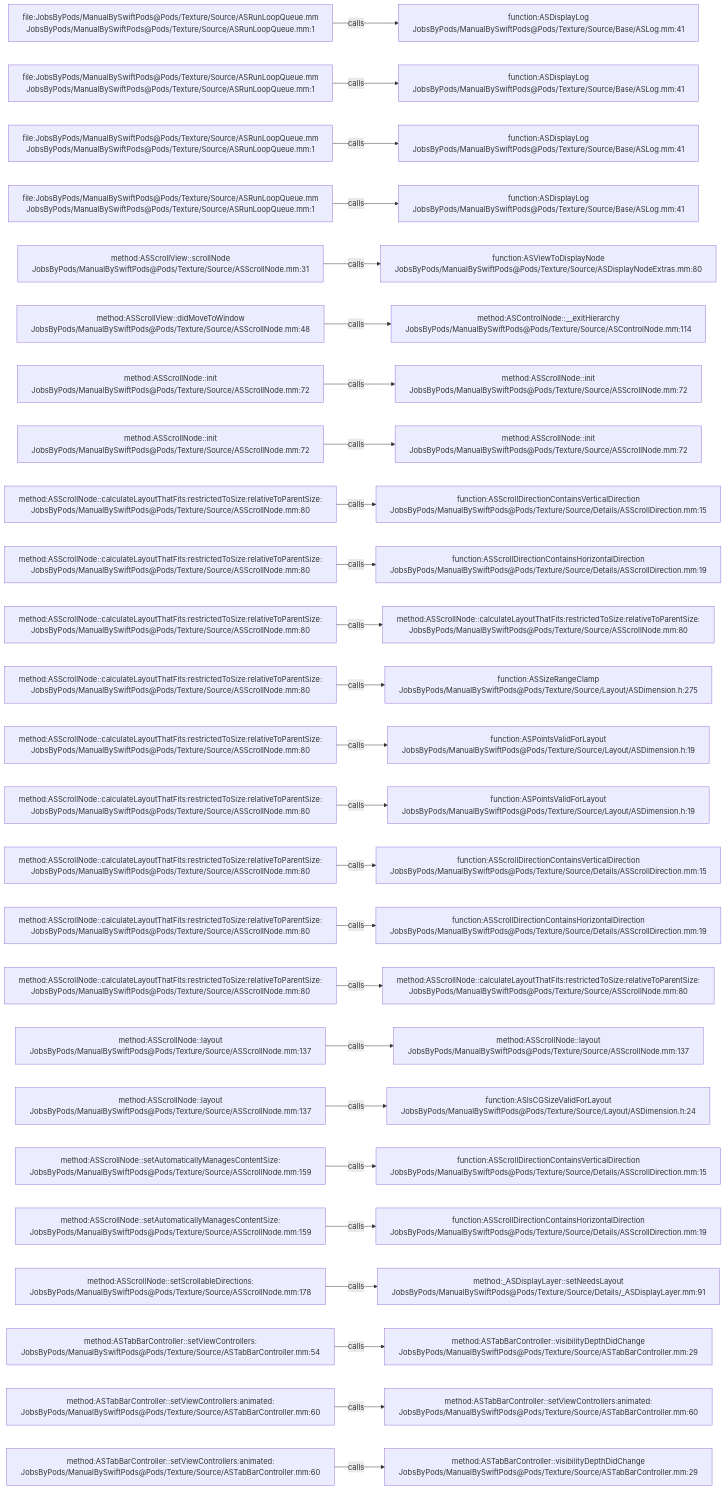
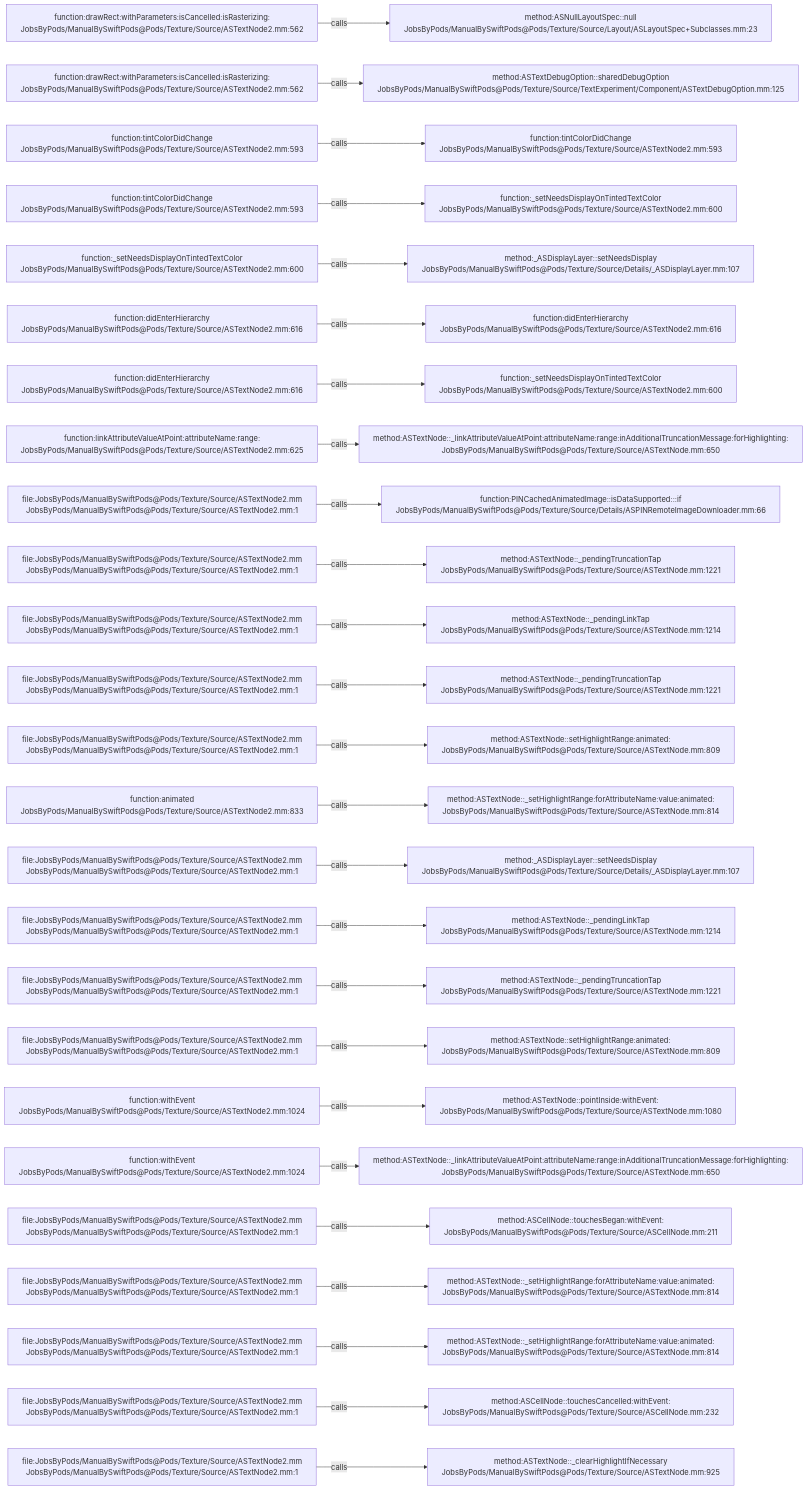
One commit to JobsKits/JobsSwiftBaseConfigDemo changed the diagram in .codegraph/codegraph.md/graphs/calls-072.md. Above: the diagram before and after it, drawn with Mermaid. The commit also changed 832 other files, not shown here.

````diff
--- a/.codegraph/codegraph.md/graphs/calls-072.md
+++ b/.codegraph/codegraph.md/graphs/calls-072.md
@@ -13,78 +13,78 @@
 ```mermaid
 flowchart LR
-  S1["file:JobsByPods/ManualBySwiftPods@Pods/Texture/Source/ASRunLoopQueue.mm<br/>JobsByPods/ManualBySwiftPods@Pods/Texture/Source/ASRunLoopQueue.mm:1"]
-  T1["function:ASDisplayLog<br/>JobsByPods/ManualBySwiftPods@Pods/Texture/Source/Base/ASLog.mm:41"]
+  S1["function:drawRect:withParameters:isCancelled:isRasterizing:<br/>JobsByPods/ManualBySwiftPods@Pods/Texture/Source/ASTextNode2.mm:562"]
+  T1["method:ASNullLayoutSpec::null<br/>JobsByPods/ManualBySwiftPods@Pods/Texture/Source/Layout/ASLayoutSpec+Subclasses.mm:23"]
   S1 -->|calls| T1
-  S2["file:JobsByPods/ManualBySwiftPods@Pods/Texture/Source/ASRunLoopQueue.mm<br/>JobsByPods/ManualBySwiftPods@Pods/Texture/Source/ASRunLoopQueue.mm:1"]
-  T2["function:ASDisplayLog<br/>JobsByPods/ManualBySwiftPods@Pods/Texture/Source/Base/ASLog.mm:41"]
+  S2["function:drawRect:withParameters:isCancelled:isRasterizing:<br/>JobsByPods/ManualBySwiftPods@Pods/Texture/Source/ASTextNode2.mm:562"]
+  T2["method:ASTextDebugOption::sharedDebugOption<br/>JobsByPods/ManualBySwiftPods@Pods/Texture/Source/TextExperiment/Component/ASTextDebugOption.mm:125"]
   S2 -->|calls| T2
-  S3["file:JobsByPods/ManualBySwiftPods@Pods/Texture/Source/ASRunLoopQueue.mm<br/>JobsByPods/ManualBySwiftPods@Pods/Texture/Source/ASRunLoopQueue.mm:1"]
-  T3["function:ASDisplayLog<br/>JobsByPods/ManualBySwiftPods@Pods/Texture/Source/Base/ASLog.mm:41"]
+  S3["function:tintColorDidChange<br/>JobsByPods/ManualBySwiftPods@Pods/Texture/Source/ASTextNode2.mm:593"]
+  T3["function:tintColorDidChange<br/>JobsByPods/ManualBySwiftPods@Pods/Texture/Source/ASTextNode2.mm:593"]
   S3 -->|calls| T3
-  S4["file:JobsByPods/ManualBySwiftPods@Pods/Texture/Source/ASRunLoopQueue.mm<br/>JobsByPods/ManualBySwiftPods@Pods/Texture/Source/ASRunLoopQueue.mm:1"]
-  T4["function:ASDisplayLog<br/>JobsByPods/ManualBySwiftPods@Pods/Texture/Source/Base/ASLog.mm:41"]
+  S4["function:tintColorDidChange<br/>JobsByPods/ManualBySwiftPods@Pods/Texture/Source/ASTextNode2.mm:593"]
+  T4["function:_setNeedsDisplayOnTintedTextColor<br/>JobsByPods/ManualBySwiftPods@Pods/Texture/Source/ASTextNode2.mm:600"]
   S4 -->|calls| T4
-  S5["method:ASScrollView::scrollNode<br/>JobsByPods/ManualBySwiftPods@Pods/Texture/Source/ASScrollNode.mm:31"]
-  T5["function:ASViewToDisplayNode<br/>JobsByPods/ManualBySwiftPods@Pods/Texture/Source/ASDisplayNodeExtras.mm:80"]
+  S5["function:_setNeedsDisplayOnTintedTextColor<br/>JobsByPods/ManualBySwiftPods@Pods/Texture/Source/ASTextNode2.mm:600"]
+  T5["method:_ASDisplayLayer::setNeedsDisplay<br/>JobsByPods/ManualBySwiftPods@Pods/Texture/Source/Details/_ASDisplayLayer.mm:107"]
   S5 -->|calls| T5
-  S6["method:ASScrollView::didMoveToWindow<br/>JobsByPods/ManualBySwiftPods@Pods/Texture/Source/ASScrollNode.mm:48"]
-  T6["method:ASControlNode::__exitHierarchy<br/>JobsByPods/ManualBySwiftPods@Pods/Texture/Source/ASControlNode.mm:114"]
+  S6["function:didEnterHierarchy<br/>JobsByPods/ManualBySwiftPods@Pods/Texture/Source/ASTextNode2.mm:616"]
+  T6["function:didEnterHierarchy<br/>JobsByPods/ManualBySwiftPods@Pods/Texture/Source/ASTextNode2.mm:616"]
   S6 -->|calls| T6
-  S7["method:ASScrollNode::init<br/>JobsByPods/ManualBySwiftPods@Pods/Texture/Source/ASScrollNode.mm:72"]
-  T7["method:ASScrollNode::init<br/>JobsByPods/ManualBySwiftPods@Pods/Texture/Source/ASScrollNode.mm:72"]
+  S7["function:didEnterHierarchy<br/>JobsByPods/ManualBySwiftPods@Pods/Texture/Source/ASTextNode2.mm:616"]
+  T7["function:_setNeedsDisplayOnTintedTextColor<br/>JobsByPods/ManualBySwiftPods@Pods/Texture/Source/ASTextNode2.mm:600"]
   S7 -->|calls| T7
-  S8["method:ASScrollNode::init<br/>JobsByPods/ManualBySwiftPods@Pods/Texture/Source/ASScrollNode.mm:72"]
-  T8["method:ASScrollNode::init<br/>JobsByPods/ManualBySwiftPods@Pods/Texture/Source/ASScrollNode.mm:72"]
+  S8["function:linkAttributeValueAtPoint:attributeName:range:<br/>JobsByPods/ManualBySwiftPods@Pods/Texture/Source/ASTextNode2.mm:625"]
+  T8["method:ASTextNode::_linkAttributeValueAtPoint:attributeName:range:inAdditionalTruncationMessage:forHighlighting:<br/>JobsByPods/ManualBySwiftPods@Pods/Texture/Source/ASTextNode.mm:650"]
   S8 -->|calls| T8
-  S9["method:ASScrollNode::calculateLayoutThatFits:restrictedToSize:relativeToParentSize:<br/>JobsByPods/ManualBySwiftPods@Pods/Texture/Source/ASScrollNode.mm:80"]
-  T9["function:ASScrollDirectionContainsVerticalDirection<br/>JobsByPods/ManualBySwiftPods@Pods/Texture/Source/Details/ASScrollDirection.mm:15"]
+  S9["file:JobsByPods/ManualBySwiftPods@Pods/Texture/Source/ASTextNode2.mm<br/>JobsByPods/ManualBySwiftPods@Pods/Texture/Source/ASTextNode2.mm:1"]
+  T9["function:PINCachedAnimatedImage::isDataSupported:::if<br/>JobsByPods/ManualBySwiftPods@Pods/Texture/Source/Details/ASPINRemoteImageDownloader.mm:66"]
   S9 -->|calls| T9
-  S10["method:ASScrollNode::calculateLayoutThatFits:restrictedToSize:relativeToParentSize:<br/>JobsByPods/ManualBySwiftPods@Pods/Texture/Source/ASScrollNode.mm:80"]
-  T10["function:ASScrollDirectionContainsHorizontalDirection<br/>JobsByPods/ManualBySwiftPods@Pods/Texture/Source/Details/ASScrollDirection.mm:19"]
+  S10["file:JobsByPods/ManualBySwiftPods@Pods/Texture/Source/ASTextNode2.mm<br/>JobsByPods/ManualBySwiftPods@Pods/Texture/Source/ASTextNode2.mm:1"]
+  T10["method:ASTextNode::_pendingTruncationTap<br/>JobsByPods/ManualBySwiftPods@Pods/Texture/Source/ASTextNode.mm:1221"]
   S10 -->|calls| T10
-  S11["method:ASScrollNode::calculateLayoutThatFits:restrictedToSize:relativeToParentSize:<br/>JobsByPods/ManualBySwiftPods@Pods/Texture/Source/ASScrollNode.mm:80"]
-  T11["method:ASScrollNode::calculateLayoutThatFits:restrictedToSize:relativeToParentSize:<br/>JobsByPods/ManualBySwiftPods@Pods/Texture/Source/ASScrollNode.mm:80"]
+  S11["file:JobsByPods/ManualBySwiftPods@Pods/Texture/Source/ASTextNode2.mm<br/>JobsByPods/ManualBySwiftPods@Pods/Texture/Source/ASTextNode2.mm:1"]
+  T11["method:ASTextNode::_pendingLinkTap<br/>JobsByPods/ManualBySwiftPods@Pods/Texture/Source/ASTextNode.mm:1214"]
   S11 -->|calls| T11
-  S12["method:ASScrollNode::calculateLayoutThatFits:restrictedToSize:relativeToParentSize:<br/>JobsByPods/ManualBySwiftPods@Pods/Texture/Source/ASScrollNode.mm:80"]
-  T12["function:ASSizeRangeClamp<br/>JobsByPods/ManualBySwiftPods@Pods/Texture/Source/Layout/ASDimension.h:275"]
+  S12["file:JobsByPods/ManualBySwiftPods@Pods/Texture/Source/ASTextNode2.mm<br/>JobsByPods/ManualBySwiftPods@Pods/Texture/Source/ASTextNode2.mm:1"]
+  T12["method:ASTextNode::_pendingTruncationTap<br/>JobsByPods/ManualBySwiftPods@Pods/Texture/Source/ASTextNode.mm:1221"]
   S12 -->|calls| T12
-  S13["method:ASScrollNode::calculateLayoutThatFits:restrictedToSize:relativeToParentSize:<br/>JobsByPods/ManualBySwiftPods@Pods/Texture/Source/ASScrollNode.mm:80"]
-  T13["function:ASPointsValidForLayout<br/>JobsByPods/ManualBySwiftPods@Pods/Texture/Source/Layout/ASDimension.h:19"]
+  S13["file:JobsByPods/ManualBySwiftPods@Pods/Texture/Source/ASTextNode2.mm<br/>JobsByPods/ManualBySwiftPods@Pods/Texture/Source/ASTextNode2.mm:1"]
+  T13["method:ASTextNode::setHighlightRange:animated:<br/>JobsByPods/ManualBySwiftPods@Pods/Texture/Source/ASTextNode.mm:809"]
   S13 -->|calls| T13
-  S14["method:ASScrollNode::calculateLayoutThatFits:restrictedToSize:relativeToParentSize:<br/>JobsByPods/ManualBySwiftPods@Pods/Texture/Source/ASScrollNode.mm:80"]
-  T14["function:ASPointsValidForLayout<br/>JobsByPods/ManualBySwiftPods@Pods/Texture/Source/Layout/ASDimension.h:19"]
+  S14["function:animated<br/>JobsByPods/ManualBySwiftPods@Pods/Texture/Source/ASTextNode2.mm:833"]
+  T14["method:ASTextNode::_setHighlightRange:forAttributeName:value:animated:<br/>JobsByPods/ManualBySwiftPods@Pods/Texture/Source/ASTextNode.mm:814"]
   S14 -->|calls| T14
-  S15["method:ASScrollNode::calculateLayoutThatFits:restrictedToSize:relativeToParentSize:<br/>JobsByPods/ManualBySwiftPods@Pods/Texture/Source/ASScrollNode.mm:80"]
-  T15["function:ASScrollDirectionContainsVerticalDirection<br/>JobsByPods/ManualBySwiftPods@Pods/Texture/Source/Details/ASScrollDirection.mm:15"]
+  S15["file:JobsByPods/ManualBySwiftPods@Pods/Texture/Source/ASTextNode2.mm<br/>JobsByPods/ManualBySwiftPods@Pods/Texture/Source/ASTextNode2.mm:1"]
+  T15["method:_ASDisplayLayer::setNeedsDisplay<br/>JobsByPods/ManualBySwiftPods@Pods/Texture/Source/Details/_ASDisplayLayer.mm:107"]
   S15 -->|calls| T15
-  S16["method:ASScrollNode::calculateLayoutThatFits:restrictedToSize:relativeToParentSize:<br/>JobsByPods/ManualBySwiftPods@Pods/Texture/Source/ASScrollNode.mm:80"]
-  T16["function:ASScrollDirectionContainsHorizontalDirection<br/>JobsByPods/ManualBySwiftPods@Pods/Texture/Source/Details/ASScrollDirection.mm:19"]
+  S16["file:JobsByPods/ManualBySwiftPods@Pods/Texture/Source/ASTextNode2.mm<br/>JobsByPods/ManualBySwiftPods@Pods/Texture/Source/ASTextNode2.mm:1"]
+  T16["method:ASTextNode::_pendingLinkTap<br/>JobsByPods/ManualBySwiftPods@Pods/Texture/Source/ASTextNode.mm:1214"]
   S16 -->|calls| T16
-  S17["method:ASScrollNode::calculateLayoutThatFits:restrictedToSize:relativeToParentSize:<br/>JobsByPods/ManualBySwiftPods@Pods/Texture/Source/ASScrollNode.mm:80"]
-  T17["method:ASScrollNode::calculateLayoutThatFits:restrictedToSize:relativeToParentSize:<br/>JobsByPods/ManualBySwiftPods@Pods/Texture/Source/ASScrollNode.mm:80"]
+  S17["file:JobsByPods/ManualBySwiftPods@Pods/Texture/Source/ASTextNode2.mm<br/>JobsByPods/ManualBySwiftPods@Pods/Texture/Source/ASTextNode2.mm:1"]
+  T17["method:ASTextNode::_pendingTruncationTap<br/>JobsByPods/ManualBySwiftPods@Pods/Texture/Source/ASTextNode.mm:1221"]
   S17 -->|calls| T17
-  S18["method:ASScrollNode::layout<br/>JobsByPods/ManualBySwiftPods@Pods/Texture/Source/ASScrollNode.mm:137"]
-  T18["method:ASScrollNode::layout<br/>JobsByPods/ManualBySwiftPods@Pods/Texture/Source/ASScrollNode.mm:137"]
+  S18["file:JobsByPods/ManualBySwiftPods@Pods/Texture/Source/ASTextNode2.mm<br/>JobsByPods/ManualBySwiftPods@Pods/Texture/Source/ASTextNode2.mm:1"]
+  T18["method:ASTextNode::setHighlightRange:animated:<br/>JobsByPods/ManualBySwiftPods@Pods/Texture/Source/ASTextNode.mm:809"]
   S18 -->|calls| T18
-  S19["method:ASScrollNode::layout<br/>JobsByPods/ManualBySwiftPods@Pods/Texture/Source/ASScrollNode.mm:137"]
-  T19["function:ASIsCGSizeValidForLayout<br/>JobsByPods/ManualBySwiftPods@Pods/Texture/Source/Layout/ASDimension.h:24"]
+  S19["function:withEvent<br/>JobsByPods/ManualBySwiftPods@Pods/Texture/Source/ASTextNode2.mm:1024"]
+  T19["method:ASTextNode::pointInside:withEvent:<br/>JobsByPods/ManualBySwiftPods@Pods/Texture/Source/ASTextNode.mm:1080"]
   S19 -->|calls| T19
-  S20["method:ASScrollNode::setAutomaticallyManagesContentSize:<br/>JobsByPods/ManualBySwiftPods@Pods/Texture/Source/ASScrollNode.mm:159"]
-  T20["function:ASScrollDirectionContainsVerticalDirection<br/>JobsByPods/ManualBySwiftPods@Pods/Texture/Source/Details/ASScrollDirection.mm:15"]
+  S20["function:withEvent<br/>JobsByPods/ManualBySwiftPods@Pods/Texture/Source/ASTextNode2.mm:1024"]
+  T20["method:ASTextNode::_linkAttributeValueAtPoint:attributeName:range:inAdditionalTruncationMessage:forHighlighting:<br/>JobsByPods/ManualBySwiftPods@Pods/Texture/Source/ASTextNode.mm:650"]
   S20 -->|calls| T20
-  S21["method:ASScrollNode::setAutomaticallyManagesContentSize:<br/>JobsByPods/ManualBySwiftPods@Pods/Texture/Source/ASScrollNode.mm:159"]
-  T21["function:ASScrollDirectionContainsHorizontalDirection<br/>JobsByPods/ManualBySwiftPods@Pods/Texture/Source/Details/ASScrollDirection.mm:19"]
+  S21["file:JobsByPods/ManualBySwiftPods@Pods/Texture/Source/ASTextNode2.mm<br/>JobsByPods/ManualBySwiftPods@Pods/Texture/Source/ASTextNode2.mm:1"]
+  T21["method:ASCellNode::touchesBegan:withEvent:<br/>JobsByPods/ManualBySwiftPods@Pods/Texture/Source/ASCellNode.mm:211"]
   S21 -->|calls| T21
-  S22["method:ASScrollNode::setScrollableDirections:<br/>JobsByPods/ManualBySwiftPods@Pods/Texture/Source/ASScrollNode.mm:178"]
-  T22["method:_ASDisplayLayer::setNeedsLayout<br/>JobsByPods/ManualBySwiftPods@Pods/Texture/Source/Details/_ASDisplayLayer.mm:91"]
+  S22["file:JobsByPods/ManualBySwiftPods@Pods/Texture/Source/ASTextNode2.mm<br/>JobsByPods/ManualBySwiftPods@Pods/Texture/Source/ASTextNode2.mm:1"]
+  T22["method:ASTextNode::_setHighlightRange:forAttributeName:value:animated:<br/>JobsByPods/ManualBySwiftPods@Pods/Texture/Source/ASTextNode.mm:814"]
   S22 -->|calls| T22
-  S23["method:ASTabBarController::setViewControllers:<br/>JobsByPods/ManualBySwiftPods@Pods/Texture/Source/ASTabBarController.mm:54"]
-  T23["method:ASTabBarController::visibilityDepthDidChange<br/>JobsByPods/ManualBySwiftPods@Pods/Texture/Source/ASTabBarController.mm:29"]
+  S23["file:JobsByPods/ManualBySwiftPods@Pods/Texture/Source/ASTextNode2.mm<br/>JobsByPods/ManualBySwiftPods@Pods/Texture/Source/ASTextNode2.mm:1"]
+  T23["method:ASTextNode::_setHighlightRange:forAttributeName:value:animated:<br/>JobsByPods/ManualBySwiftPods@Pods/Texture/Source/ASTextNode.mm:814"]
   S23 -->|calls| T23
-  S24["method:ASTabBarController::setViewControllers:animated:<br/>JobsByPods/ManualBySwiftPods@Pods/Texture/Source/ASTabBarController.mm:60"]
-  T24["method:ASTabBarController::setViewControllers:animated:<br/>JobsByPods/ManualBySwiftPods@Pods/Texture/Source/ASTabBarController.mm:60"]
+  S24["file:JobsByPods/ManualBySwiftPods@Pods/Texture/Source/ASTextNode2.mm<br/>JobsByPods/ManualBySwiftPods@Pods/Texture/Source/ASTextNode2.mm:1"]
+  T24["method:ASCellNode::touchesCancelled:withEvent:<br/>JobsByPods/ManualBySwiftPods@Pods/Texture/Source/ASCellNode.mm:232"]
   S24 -->|calls| T24
-  S25["method:ASTabBarController::setViewControllers:animated:<br/>JobsByPods/ManualBySwiftPods@Pods/Texture/Source/ASTabBarController.mm:60"]
-  T25["method:ASTabBarController::visibilityDepthDidChange<br/>JobsByPods/ManualBySwiftPods@Pods/Texture/Source/ASTabBarController.mm:29"]
+  S25["file:JobsByPods/ManualBySwiftPods@Pods/Texture/Source/ASTextNode2.mm<br/>JobsByPods/ManualBySwiftPods@Pods/Texture/Source/ASTextNode2.mm:1"]
+  T25["method:ASTextNode::_clearHighlightIfNecessary<br/>JobsByPods/ManualBySwiftPods@Pods/Texture/Source/ASTextNode.mm:925"]
   S25 -->|calls| T25
 ```
````
